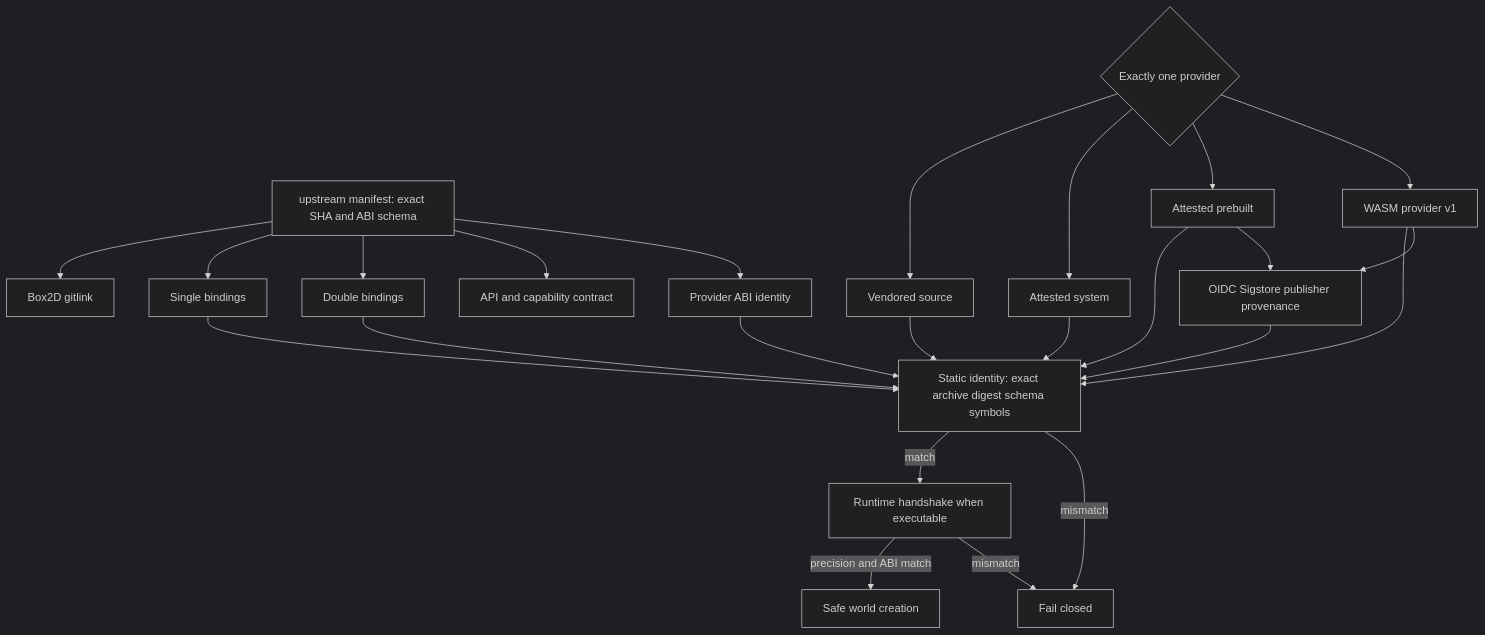
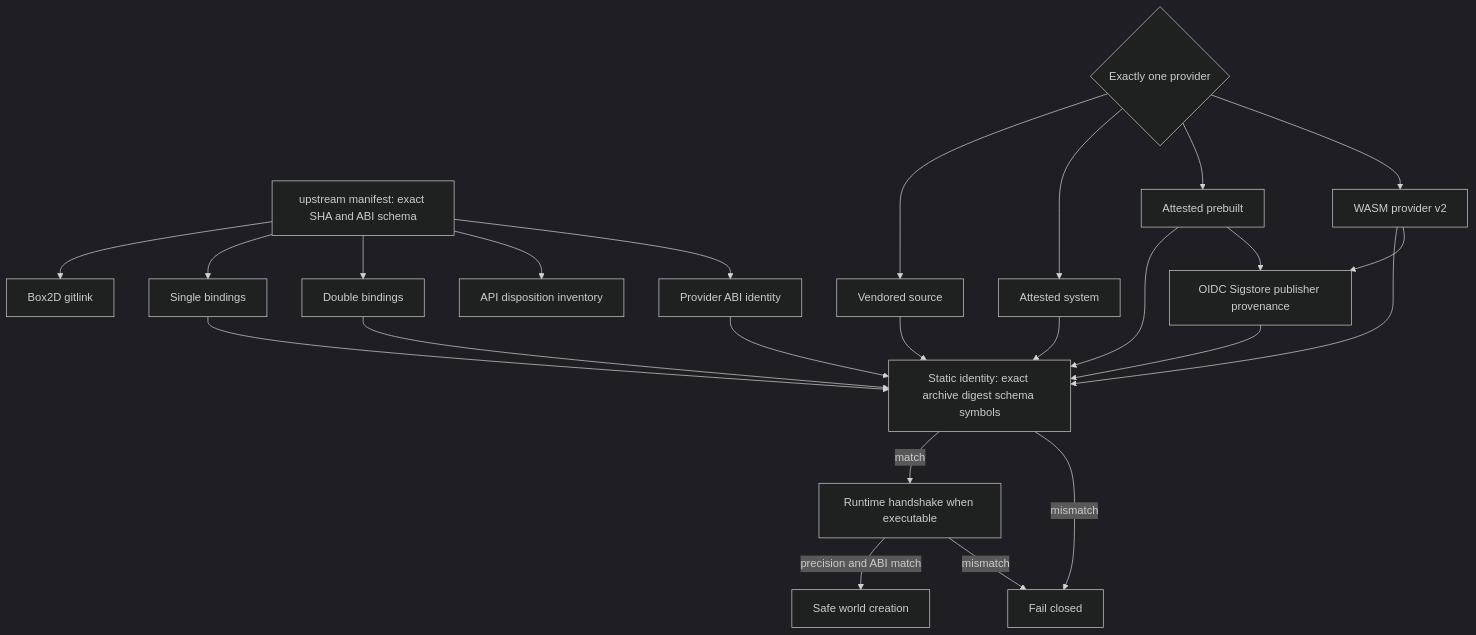
One commit to Latias94/boxdd changed the third of 5 diagrams in docs/plans/2026-07-18-001-refactor-box2d-soundness-upstream-plan.md. Above: the diagram before and after it, drawn with Mermaid (dark theme). The commit also changed other lines of this file and 534 other files, not shown here.

First line of the commit message:
refactor!: consolidate Box2D capability and contract architecture

````diff
--- a/docs/plans/2026-07-18-001-refactor-box2d-soundness-upstream-plan.md
+++ b/docs/plans/2026-07-18-001-refactor-box2d-soundness-upstream-plan.md
@@ -391,28 +390,28 @@
 ```mermaid
 flowchart TB
   Manifest[upstream manifest: exact SHA and ABI schema] --> Gitlink[Box2D gitlink]
   Manifest --> BindSingle[Single bindings]
   Manifest --> BindDouble[Double bindings]
-  Manifest --> Contract[API and capability contract]
+  Manifest --> Contract[API disposition inventory]
   Manifest --> ProviderABI[Provider ABI identity]
 
   Selection{Exactly one provider} --> Source[Vendored source]
   Selection --> System[Attested system]
   Selection --> Prebuilt[Attested prebuilt]
-  Selection --> Wasm[WASM provider v1]
+  Selection --> Wasm[WASM provider v2]
 
   Source --> Static[Static identity: exact archive digest schema symbols]
   System --> Static
   Prebuilt --> Static
   Wasm --> Static
   BindSingle --> Static
   BindDouble --> Static
   ProviderABI --> Static
   Prebuilt --> Provenance[OIDC Sigstore publisher provenance]
   Wasm --> Provenance
   Provenance --> Static
   Static -->|match| Handshake[Runtime handshake when executable]
   Static -->|mismatch| Fail[Fail closed]
   Handshake -->|precision and ABI match| SafeWorld[Safe world creation]
   Handshake -->|mismatch| Fail
 ```
````
